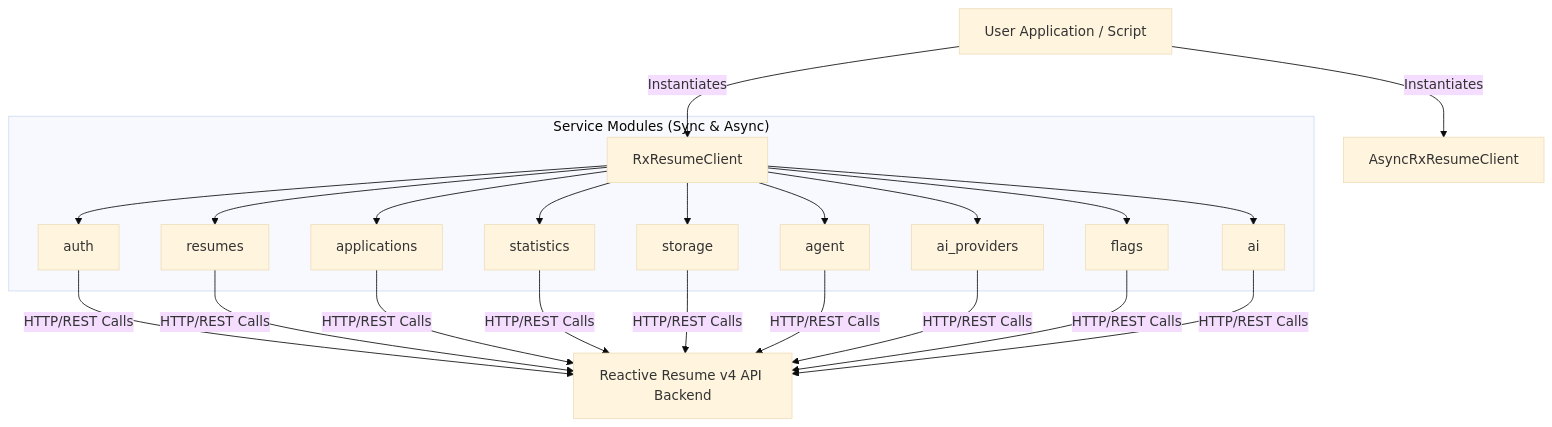
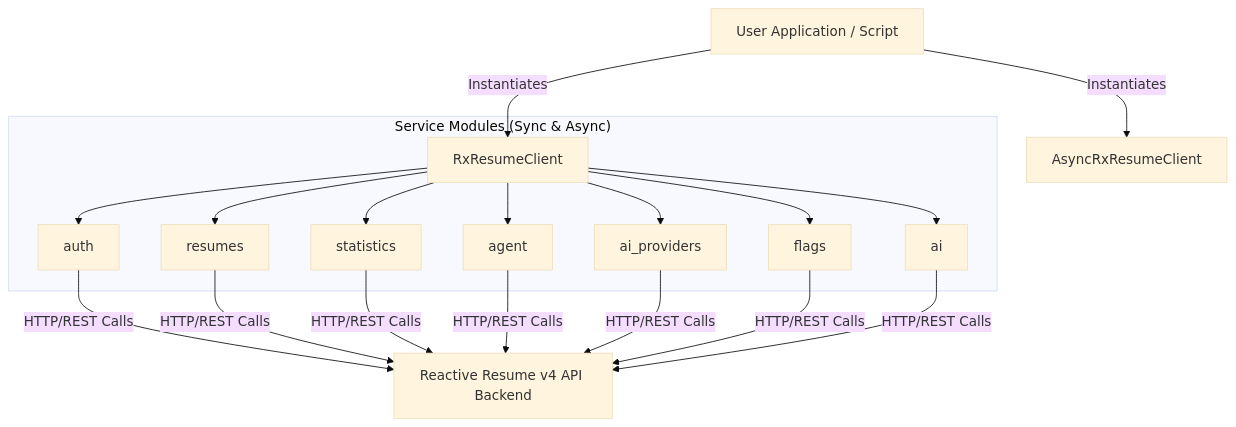
Before and after one commit to AtaCanYmc/reactive-resume-api-client-py: the diagram in README.md, drawn with Mermaid (base theme). The commit also changed other lines of this file and 10 other files, not shown here.

Commit message:
feat: remove Applications and Storage APIs from public interface and documentation

````diff
--- a/README.md
+++ b/README.md
@@ -25,27 +25,23 @@
 ```mermaid
 graph TD
     UserApp[User Application / Script] -->|Instantiates| SyncClient[RxResumeClient]
     UserApp -->|Instantiates| AsyncClient[AsyncRxResumeClient]
 
     subgraph "Service Modules (Sync & Async)"
         SyncClient --> Auth[auth]
         SyncClient --> Resumes[resumes]
-        SyncClient --> Apps[applications]
         SyncClient --> Stats[statistics]
-        SyncClient --> Storage[storage]
         SyncClient --> Agent[agent]
         SyncClient --> AIProviders[ai_providers]
         SyncClient --> Flags[flags]
         SyncClient --> AI[ai]
     end
 
     Auth -->|HTTP/REST Calls| Backend[Reactive Resume v4 API Backend]
     Resumes -->|HTTP/REST Calls| Backend
-    Apps -->|HTTP/REST Calls| Backend
     Stats -->|HTTP/REST Calls| Backend
-    Storage -->|HTTP/REST Calls| Backend
     Agent -->|HTTP/REST Calls| Backend
     AIProviders -->|HTTP/REST Calls| Backend
     Flags -->|HTTP/REST Calls| Backend
     AI -->|HTTP/REST Calls| Backend
 ```
````
